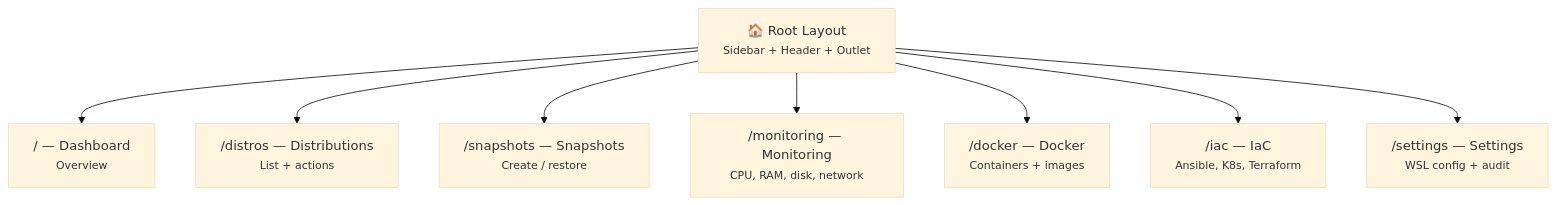
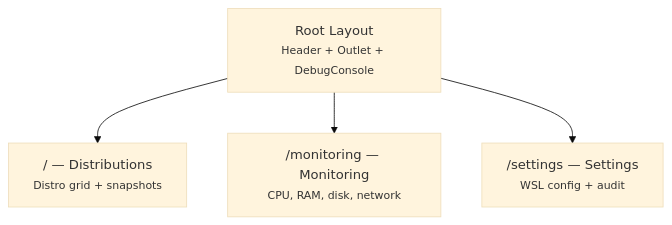
One commit to muchiny/wsl-dashboard changed the second of 3 diagrams in src/README.md. Above: the diagram before and after it, drawn with Mermaid (base theme). The commit also changed other lines of this file and 10 other files, not shown here.

First line of the commit message:
docs: update all 11 READMEs to reflect current architecture

````diff
--- a/src/README.md
+++ b/src/README.md
@@ -96,11 +90,7 @@
 ```mermaid
 graph TD
-    Root["🏠 Root Layout<br/><small>Sidebar + Header + Outlet</small>"]
-    Root --> D["/ — Dashboard<br/><small>Overview</small>"]
-    Root --> DI["/distros — Distributions<br/><small>List + actions</small>"]
-    Root --> SN["/snapshots — Snapshots<br/><small>Create / restore</small>"]
+    Root["Root Layout<br/><small>Header + Outlet + DebugConsole</small>"]
+    Root --> DI["/ — Distributions<br/><small>Distro grid + snapshots</small>"]
     Root --> MO["/monitoring — Monitoring<br/><small>CPU, RAM, disk, network</small>"]
-    Root --> DO["/docker — Docker<br/><small>Containers + images</small>"]
-    Root --> IA["/iac — IaC<br/><small>Ansible, K8s, Terraform</small>"]
     Root --> SE["/settings — Settings<br/><small>WSL config + audit</small>"]
 ```
````
